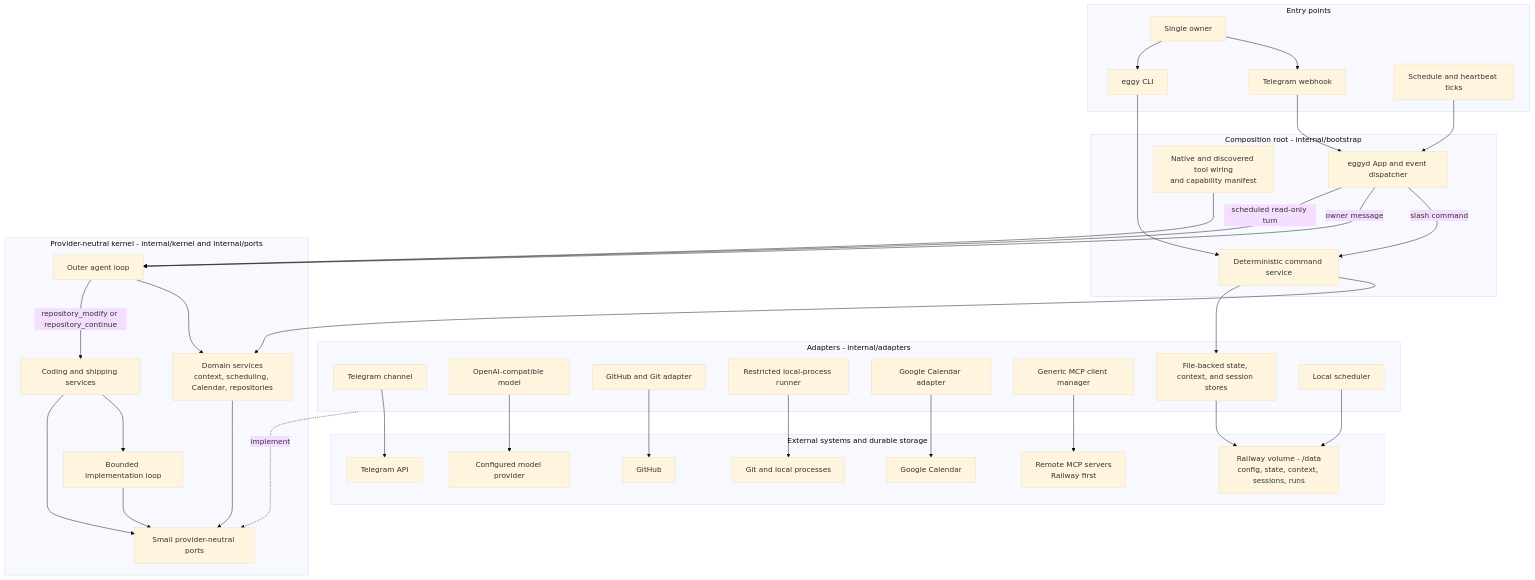
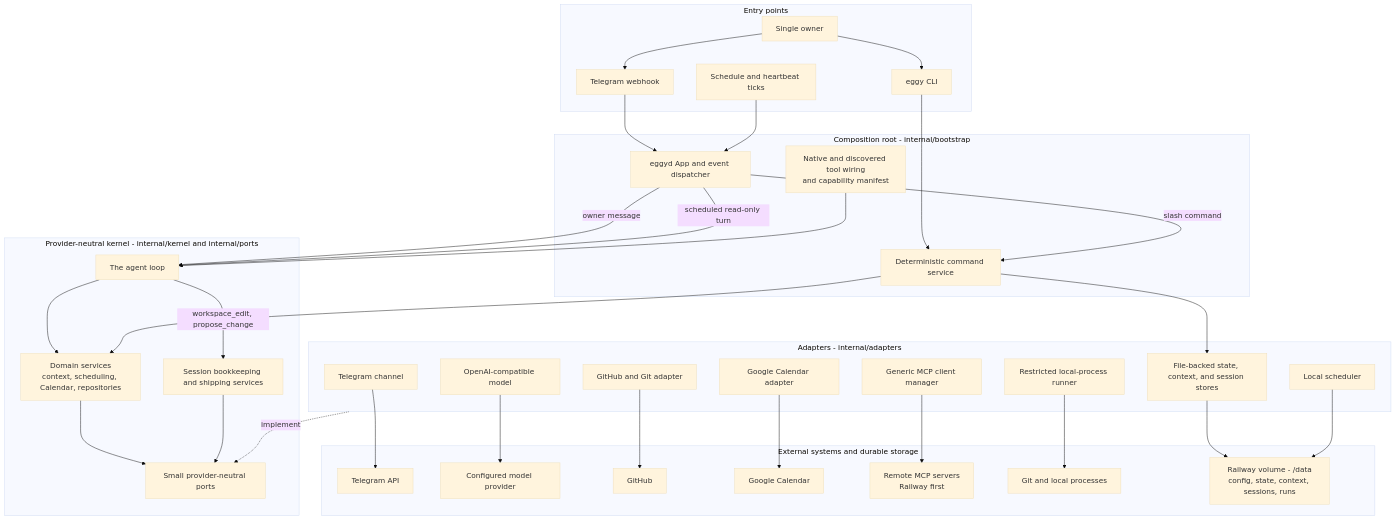
Before and after one commit to nigelteosw/eggy: the diagram in docs/ARCHITECTURE.md, drawn with Mermaid (base theme). The commit also changed other lines of this file and 35 other files, not shown here.

````diff
--- a/docs/ARCHITECTURE.md
+++ b/docs/ARCHITECTURE.md
@@ -24,76 +24,73 @@
 ```mermaid
 flowchart TB
     subgraph entry[Entry points]
         owner[Single owner]
         telegram[Telegram webhook]
         cli[eggy CLI]
         clock[Schedule and heartbeat ticks]
 
         owner --> telegram
         owner --> cli
     end
 
     subgraph composition[Composition root - internal/bootstrap]
         daemon[eggyd App and event dispatcher]
         commands[Deterministic command service]
         registry[Native and discovered tool wiring<br/>and capability manifest]
     end
 
     telegram --> daemon
     clock --> daemon
     cli --> commands
     daemon -->|slash command| commands
 
     subgraph kernel[Provider-neutral kernel - internal/kernel and internal/ports]
-        outer[Outer agent loop]
+        outer[The agent loop]
         services[Domain services<br/>context, scheduling, Calendar, repositories]
-        coding[Coding and shipping services]
-        inner[Bounded implementation loop]
+        coding[Session bookkeeping and shipping services]
         ports[Small provider-neutral ports]
 
         outer --> services
-        outer -->|repository_modify or repository_continue| coding
-        coding --> inner
+        outer -->|workspace_edit, propose_change| coding
         services --> ports
         coding --> ports
-        inner --> ports
     end
 
     daemon -->|owner message| outer
     daemon -->|scheduled read-only turn| outer
     commands --> services
     registry --> outer
 
     subgraph adapters[Adapters - internal/adapters]
         channelAdapter[Telegram channel]
         modelAdapter[OpenAI-compatible model]
         repositoryAdapter[GitHub and Git adapter]
         runnerAdapter[Restricted local-process runner]
         calendarAdapter[Google Calendar adapter]
         mcpAdapter[Generic MCP client manager]
         stores[File-backed state, context, and session stores]
         schedulerAdapter[Local scheduler]
     end
 
     adapters -. implement .-> ports
     commands --> stores
 
     subgraph systems[External systems and durable storage]
         telegramAPI[Telegram API]
         modelAPI[Configured model provider]
         github[GitHub]
         google[Google Calendar]
         mcpServers[Remote MCP servers<br/>Railway first]
         process[Git and local processes]
         data[Railway volume - /data<br/>config, state, context, sessions, runs]
     end
 
     channelAdapter --> telegramAPI
     modelAdapter --> modelAPI
     repositoryAdapter --> github
     runnerAdapter --> process
     calendarAdapter --> google
     mcpAdapter --> mcpServers
     stores --> data
     schedulerAdapter --> data
 ```
````
